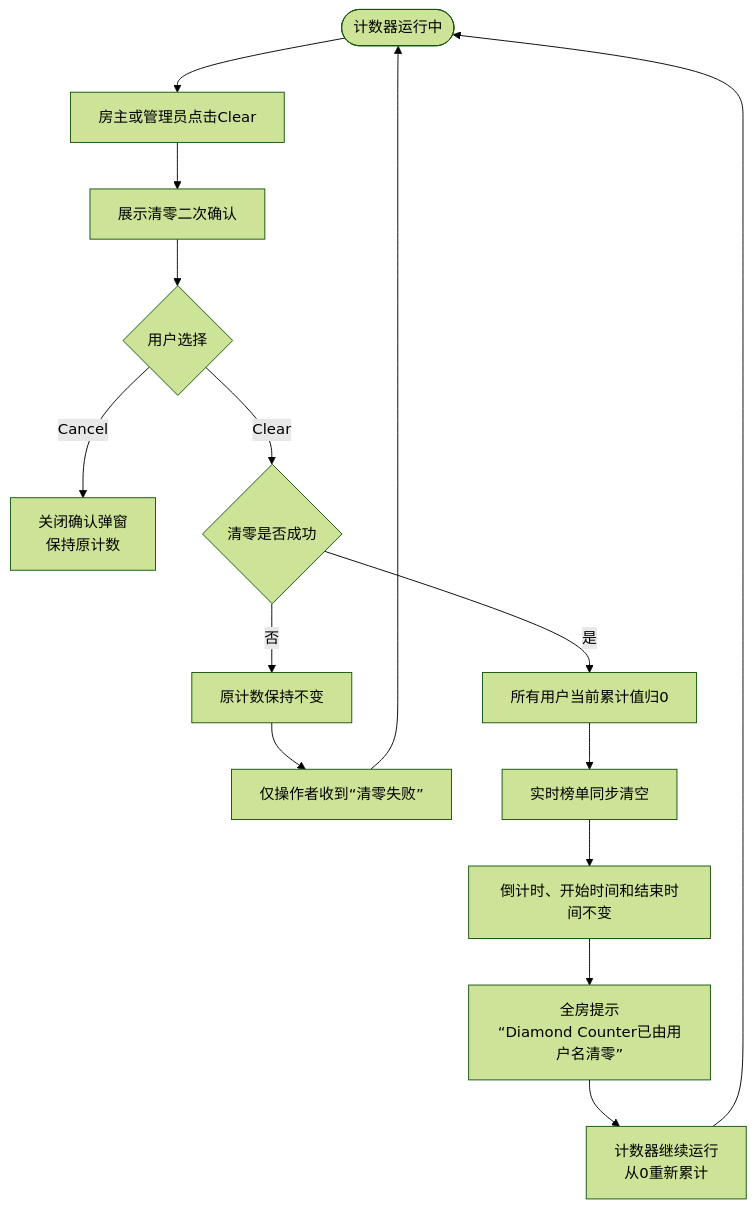
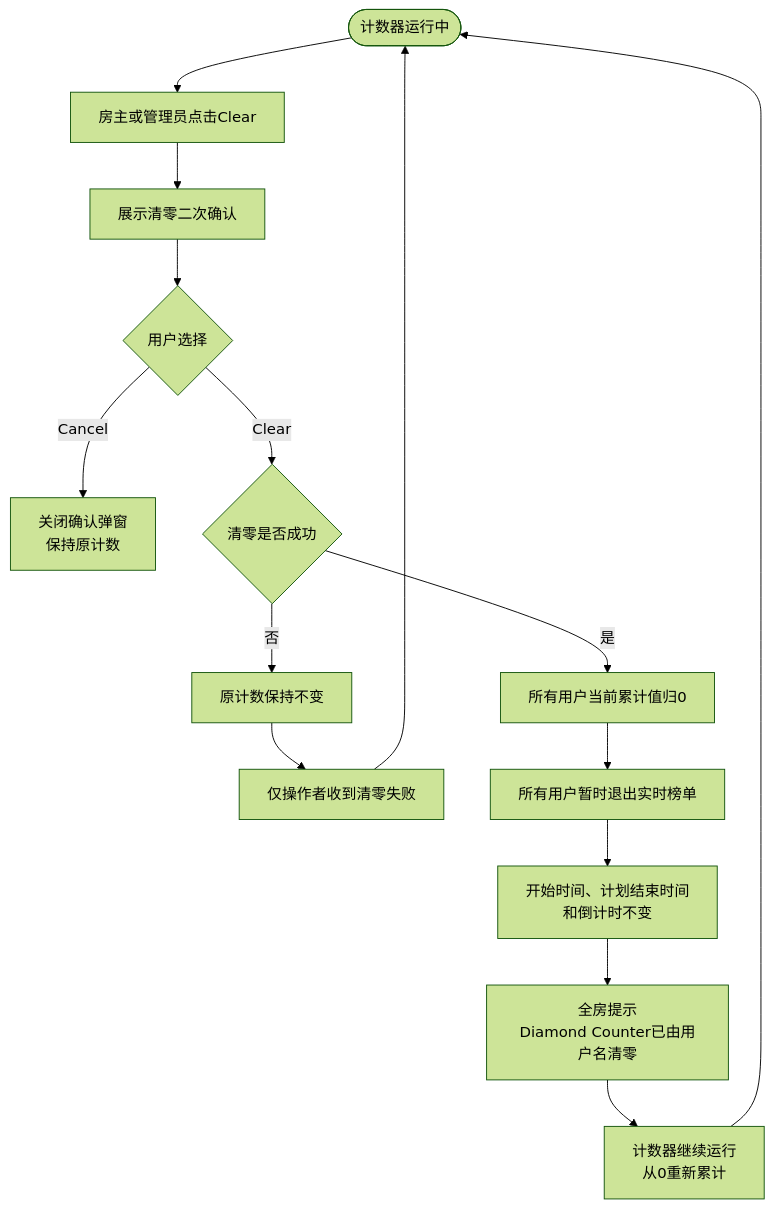
Before and after one commit to Chawucikela/TOP-KHALIJ: the third of 8 diagrams in 钻石计数器/钻石计数器_业务流程图.md, drawn with Mermaid (forest theme). The commit also changed other lines of this file and 16 other files, not shown here.

````diff
--- a/钻石计数器/钻石计数器_业务流程图.md
+++ b/钻石计数器/钻石计数器_业务流程图.md
@@ -103,20 +125,20 @@
 ```mermaid
 flowchart TD
     A([计数器运行中]) --> B[房主或管理员点击Clear]
     B --> C[展示清零二次确认]
     C --> D{用户选择}
 
     D -- Cancel --> E[关闭确认弹窗<br/>保持原计数]
     D -- Clear --> F{清零是否成功}
 
     F -- 否 --> G[原计数保持不变]
-    G --> H[仅操作者收到“清零失败”]
+    G --> H[仅操作者收到清零失败]
     H --> A
 
     F -- 是 --> I[所有用户当前累计值归0]
-    I --> J[实时榜单同步清空]
-    J --> K[倒计时、开始时间和结束时间不变]
-    K --> L[全房提示<br/>“Diamond Counter已由用户名清零”]
+    I --> J[所有用户暂时退出实时榜单]
+    J --> K[开始时间、计划结束时间<br/>和倒计时不变]
+    K --> L[全房提示<br/>Diamond Counter已由用户名清零]
     L --> M[计数器继续运行<br/>从0重新累计]
     M --> A
 ```
````
